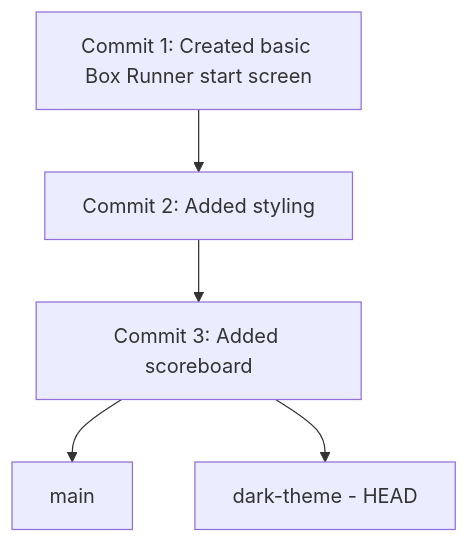
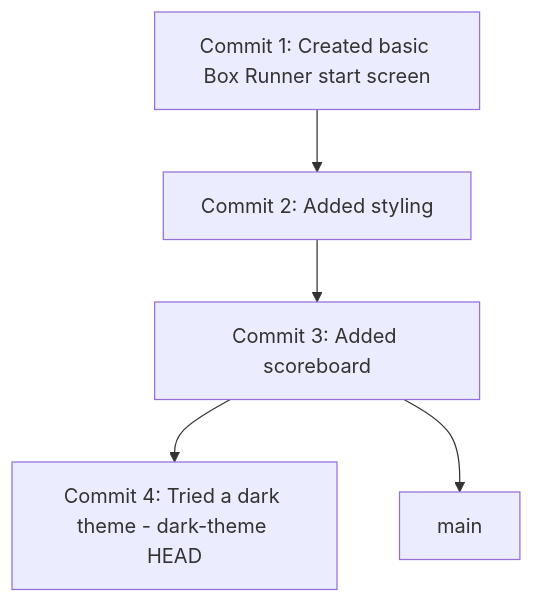
The diagram in docs/architecture.md (vedanta/box-runner), drawn with Mermaid before and after one commit. The commit also changed other lines of this file and 8 other files, not shown here.

````diff
--- a/docs/architecture.md
+++ b/docs/architecture.md
@@ -16,7 +16,7 @@
 ```mermaid
 flowchart TD
   A[Commit 1: Created basic Box Runner start screen] --> B[Commit 2: Added styling]
   B --> C[Commit 3: Added scoreboard]
+  C --> D[Commit 4: Tried a dark theme - dark-theme HEAD]
   C --> M[main]
-  C --> D[dark-theme - HEAD]
 ```
````
